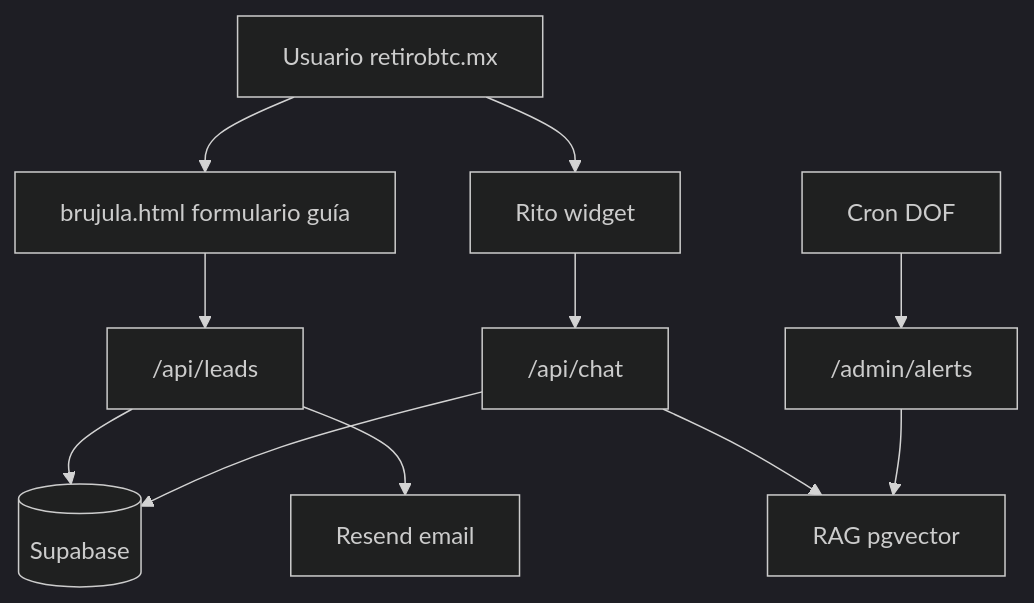
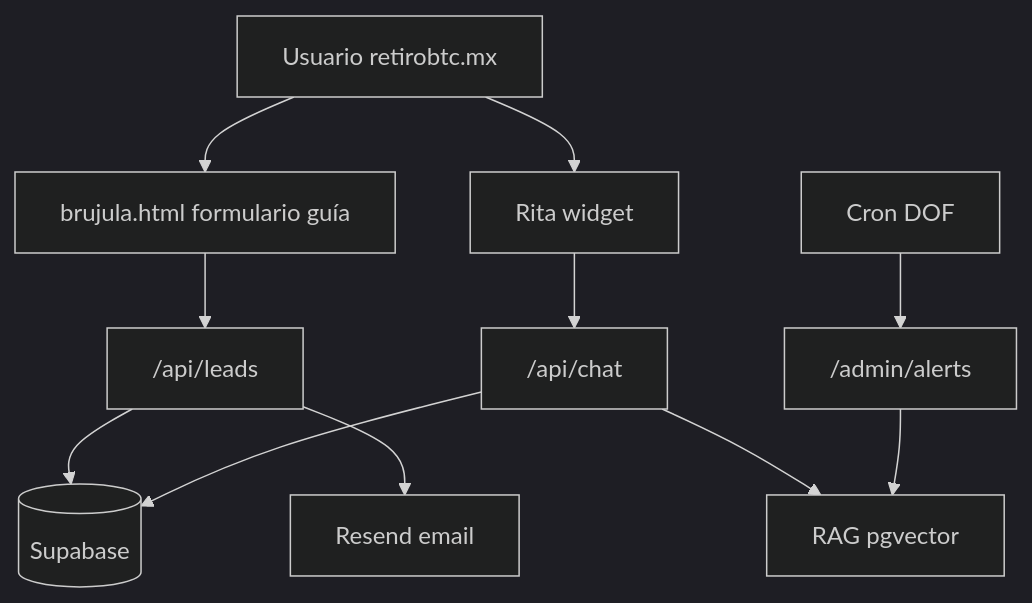
The diagram in docs/agentes-ia-arquitectura.md (Edgadafi/Calculadora-de-Retiro-Bitcoin-Fedi), drawn with Mermaid (dark theme) before and after one commit. The commit also changed other lines of this file and 22 other files, not shown here.

First line of the commit message:
Rename the assistant from Rito to Rita

````diff
--- a/docs/agentes-ia-arquitectura.md
+++ b/docs/agentes-ia-arquitectura.md
@@ -50,24 +50,24 @@
 ```mermaid
 flowchart TB
   User[Usuario retirobtc.mx]
   Brujula[brujula.html formulario guía]
-  Widget[Rito widget]
+  Widget[Rita widget]
   LeadsAPI["/api/leads"]
   ChatAPI["/api/chat"]
   Supabase[(Supabase)]
   Resend[Resend email]
   Cron[Cron DOF]
   Admin["/admin/alerts"]
   RAG[RAG pgvector]
 
   User --> Brujula
   User --> Widget
   Brujula --> LeadsAPI
   Widget --> ChatAPI
   LeadsAPI --> Supabase
   LeadsAPI --> Resend
   ChatAPI --> RAG
   ChatAPI --> Supabase
   Cron --> Admin
   Admin --> RAG
 ```
````
